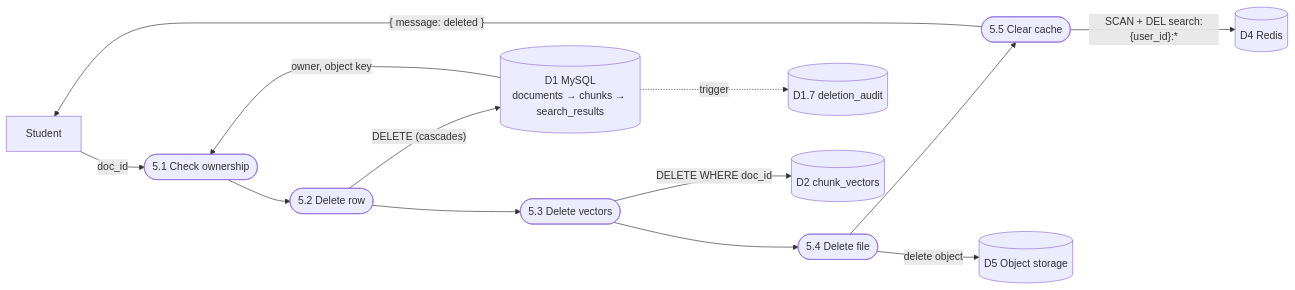
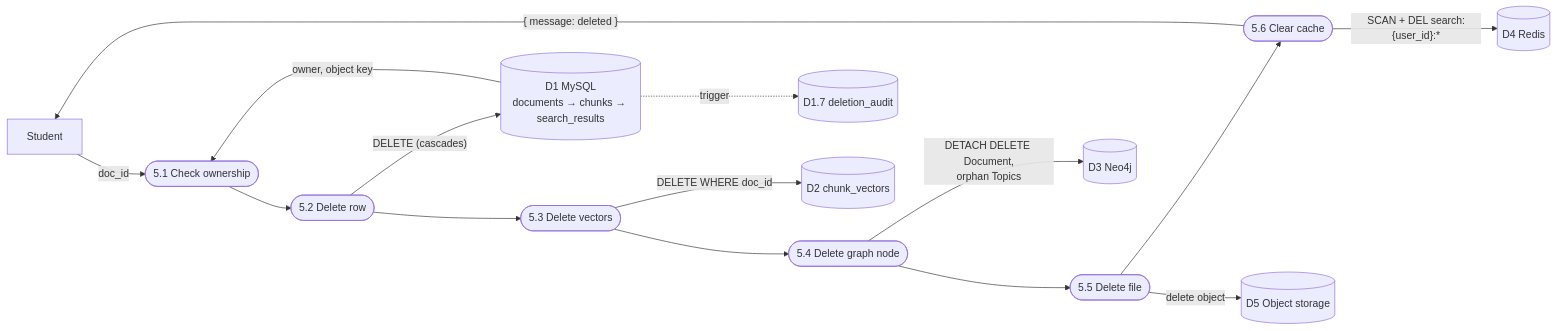
Before and after one commit to TahirSiddique092/prism: the sixth of 8 diagrams in docs/data/nosql-schema.md, drawn with Mermaid. The commit also changed other lines of this file and 12 other files, not shown here.

````diff
--- a/docs/data/nosql-schema.md
+++ b/docs/data/nosql-schema.md
@@ -315,28 +326,32 @@
 ```mermaid
 flowchart LR
     S[Student]
     P51([5.1 Check ownership])
     P52([5.2 Delete row])
     P53([5.3 Delete vectors])
-    P54([5.4 Delete file])
-    P55([5.5 Clear cache])
+    P56([5.4 Delete graph node])
+    P54([5.5 Delete file])
+    P55([5.6 Clear cache])
 
     D1[(D1 MySQL<br/>documents → chunks → search_results)]
     DA[(D1.7 deletion_audit)]
     D2[(D2 chunk_vectors)]
+    D3[(D3 Neo4j)]
     D5[(D5 Object storage)]
     D4[(D4 Redis)]
 
     S -->|doc_id| P51
     D1 -->|owner, object key| P51
     P51 --> P52
     P52 -->|"DELETE (cascades)"| D1
     D1 -. trigger .-> DA
     P52 --> P53
     P53 -->|"DELETE WHERE doc_id"| D2
-    P53 --> P54
+    P53 --> P56
+    P56 -->|"DETACH DELETE Document,<br/>orphan Topics"| D3
+    P56 --> P54
     P54 -->|delete object| D5
     P54 --> P55
     P55 -->|"SCAN + DEL search:{user_id}:*"| D4
     P55 -->|"{ message: deleted }"| S
 ```
````
